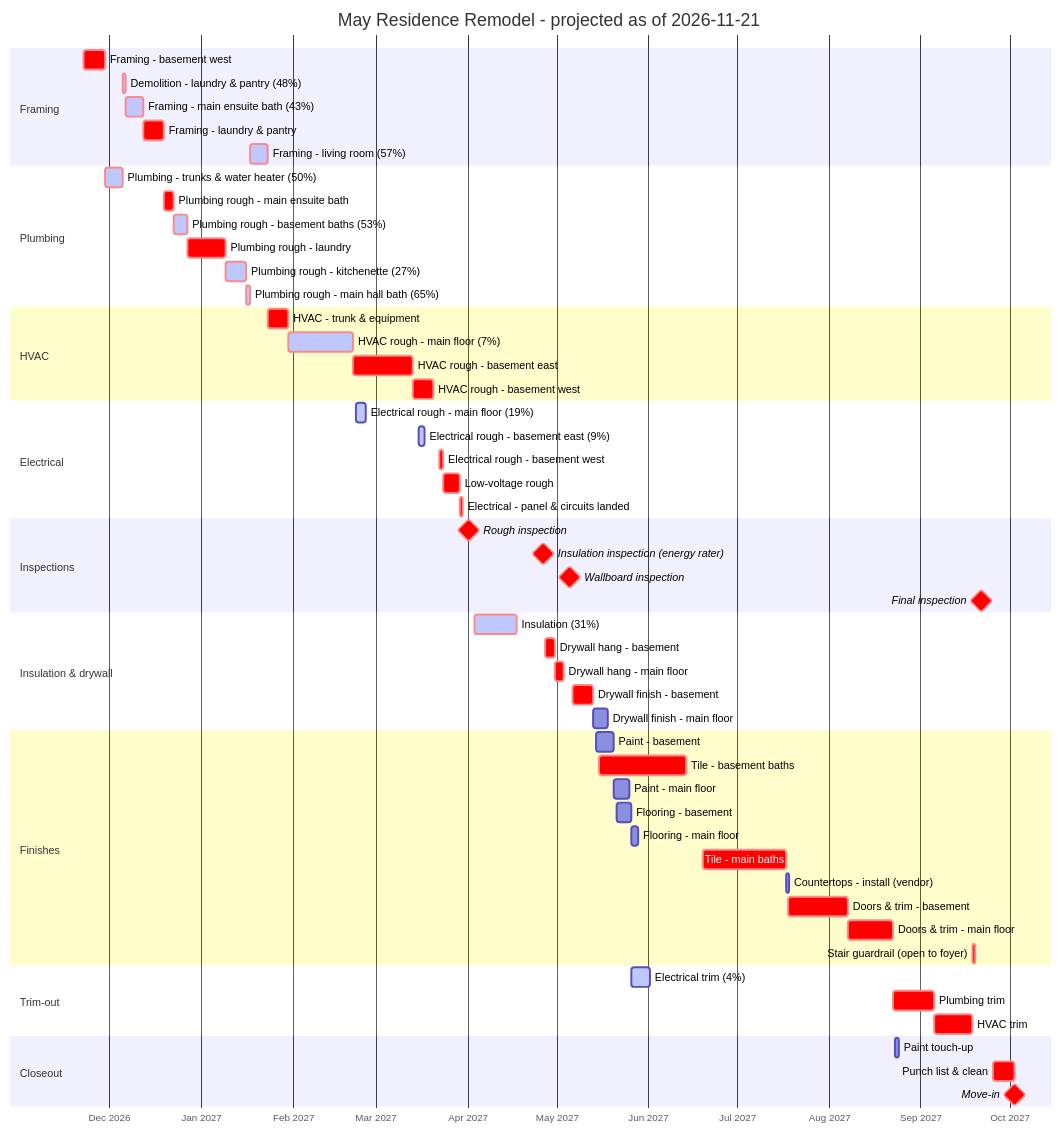
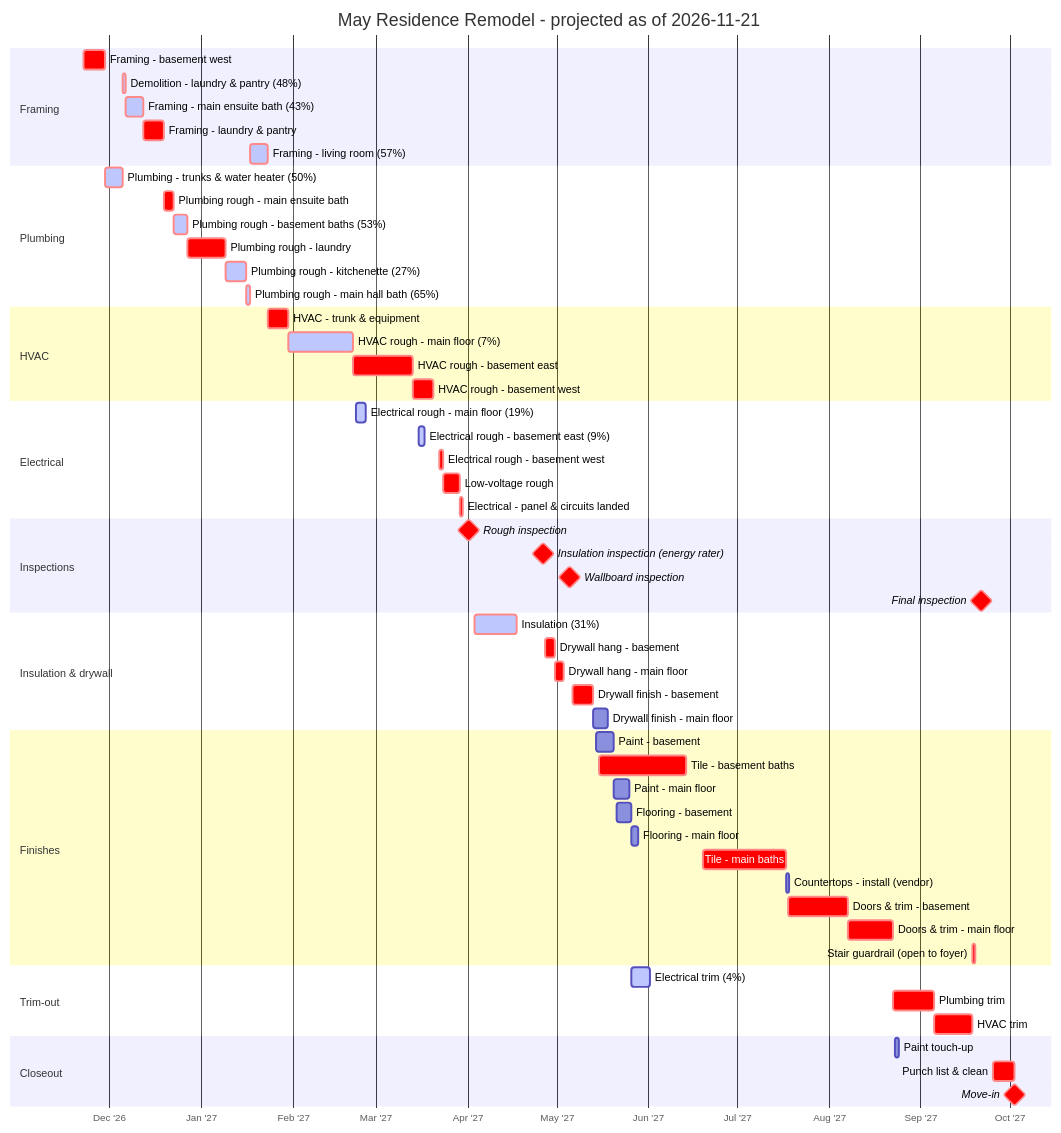
The diagram in SCHEDULE.md (jsharkey/billings), drawn with Mermaid before and after one commit. The commit also changed 2 other files, not shown here.

Commit message:
Gantt axis labels as "Oct '27"
Claude-Session: https://claude.ai/code/session_019chjbE8zdH1i5Af8BXyvZR

````diff
--- a/SCHEDULE.md
+++ b/SCHEDULE.md
@@ -17,62 +17,62 @@
 ```mermaid
 gantt
     title May Residence Remodel - projected as of 2026-11-21
     dateFormat YYYY-MM-DD HH:mm
-    axisFormat %b %Y
+    axisFormat %b '%y
     tickInterval 1month
     todayMarker off
     section Framing
     Framing - basement west :crit, fram_bsmt_west, 2026-11-22 08:00, 2026-11-29 11:48
     Demolition - laundry & pantry (48%) :active, crit, demo_main_laundry, 2026-12-05 15:48, 2026-12-06 13:00
     Framing - main ensuite bath (43%) :active, crit, fram_main_s_bath, 2026-12-06 13:00, 2026-12-12 11:24
     Framing - laundry & pantry :crit, fram_main_laundry, 2026-12-12 11:24, 2026-12-19 09:24
     Framing - living room (57%) :active, crit, fram_main_living, 2027-01-17 10:24, 2027-01-23 09:36
     section Plumbing
     Plumbing - trunks & water heater (50%) :active, crit, plum_house, 2026-11-29 11:48, 2026-12-05 15:48
     Plumbing rough - main ensuite bath :crit, plum_main_s_bath, 2026-12-19 09:24, 2026-12-22 15:24
     Plumbing rough - basement baths (53%) :active, crit, plum_bsmt_baths, 2026-12-22 15:24, 2026-12-27 11:24
     Plumbing rough - laundry :crit, plum_main_laundry, 2026-12-27 11:24, 2027-01-09 09:24
     Plumbing rough - kitchenette (27%) :active, crit, plum_bsmt_kitchenette, 2027-01-09 09:24, 2027-01-16 09:24
     Plumbing rough - main hall bath (65%) :active, crit, plum_main_n_bath, 2027-01-16 09:24, 2027-01-17 10:24
     section HVAC
     HVAC - trunk & equipment :crit, hvac_house, 2027-01-23 09:36, 2027-01-30 09:36
     HVAC rough - main floor (7%) :active, crit, hvac_main, 2027-01-30 09:36, 2027-02-21 09:36
     HVAC rough - basement east :crit, hvac_bsmt_east, 2027-02-21 09:36, 2027-03-13 09:36
     HVAC rough - basement west :crit, hvac_bsmt_west, 2027-03-13 09:36, 2027-03-20 09:36
     section Electrical
     Electrical rough - main floor (19%) :active, elec_main, 2027-02-22 08:00, 2027-02-25 12:19
     Electrical rough - basement east (9%) :active, elec_bsmt_east, 2027-03-15 08:00, 2027-03-17 12:05
     Electrical rough - basement west :crit, elec_bsmt_west, 2027-03-22 08:00, 2027-03-23 14:48
     Low-voltage rough :crit, lowv_all, 2027-03-23 14:48, 2027-03-29 08:48
     Electrical - panel & circuits landed :crit, elec_panel, 2027-03-29 08:48, 2027-03-30 12:48
     section Inspections
     Rough inspection :milestone, crit, insp_rough, 2027-04-01 12:00, 0d
     Insulation inspection (energy rater) :milestone, crit, insp_insl, 2027-04-26 12:00, 0d
     Wallboard inspection :milestone, crit, insp_board, 2027-05-05 12:00, 0d
     Final inspection :milestone, crit, insp_final, 2027-09-21 12:00, 0d
     section Insulation & drywall
     Insulation (31%) :active, crit, insl_all, 2027-04-03 08:00, 2027-04-17 12:00
     Drywall hang - basement :crit, dryw_hang_bsmt, 2027-04-27 08:00, 2027-04-30 09:46
     Drywall hang - main floor :crit, dryw_hang_main, 2027-04-30 09:46, 2027-05-03 13:10
     Drywall finish - basement :crit, dryw_fin_bsmt, 2027-05-06 08:00, 2027-05-13 12:10
     Drywall finish - main floor :dryw_fin_main, 2027-05-13 12:10, 2027-05-18 09:46
     section Finishes
     Paint - basement :pant_bsmt, 2027-05-14 08:00, 2027-05-20 08:02
     Tile - basement baths :crit, tile_bsmt_baths, 2027-05-15 08:00, 2027-06-13 16:00
     Paint - main floor :pant_main, 2027-05-20 08:02, 2027-05-25 15:22
     Flooring - basement :flor_bsmt, 2027-05-21 08:00, 2027-05-26 08:38
     Flooring - main floor :flor_main, 2027-05-26 08:38, 2027-05-28 16:00
     Tile - main baths :crit, tile_main_baths, 2027-06-19 08:00, 2027-07-17 16:00
     Countertops - install (vendor) :ctop_install, 2027-07-17 16:00, 2027-07-18 16:00
     Doors & trim - basement :crit, trim_bsmt, 2027-07-18 08:00, 2027-08-07 12:10
     Doors & trim - main floor :crit, trim_main, 2027-08-07 12:10, 2027-08-22 13:55
     Stair guardrail (open to foyer) :crit, rail_stair, 2027-09-18 09:55, 2027-09-19 13:55
     section Trim-out
     Electrical trim (4%) :active, elec_trim, 2027-05-26 08:00, 2027-06-01 14:24
     Plumbing trim :crit, plum_trim, 2027-08-22 13:55, 2027-09-05 09:55
     HVAC trim :crit, hvac_trim, 2027-09-05 09:55, 2027-09-18 09:55
     section Closeout
     Paint touch-up :pant_touchup, 2027-08-23 08:00, 2027-08-24 16:00
     Punch list & clean :crit, punch_clean, 2027-09-25 08:00, 2027-10-02 16:00
     Move-in :milestone, crit, mile_movein, 2027-10-02 16:00, 0d
 ```
````
